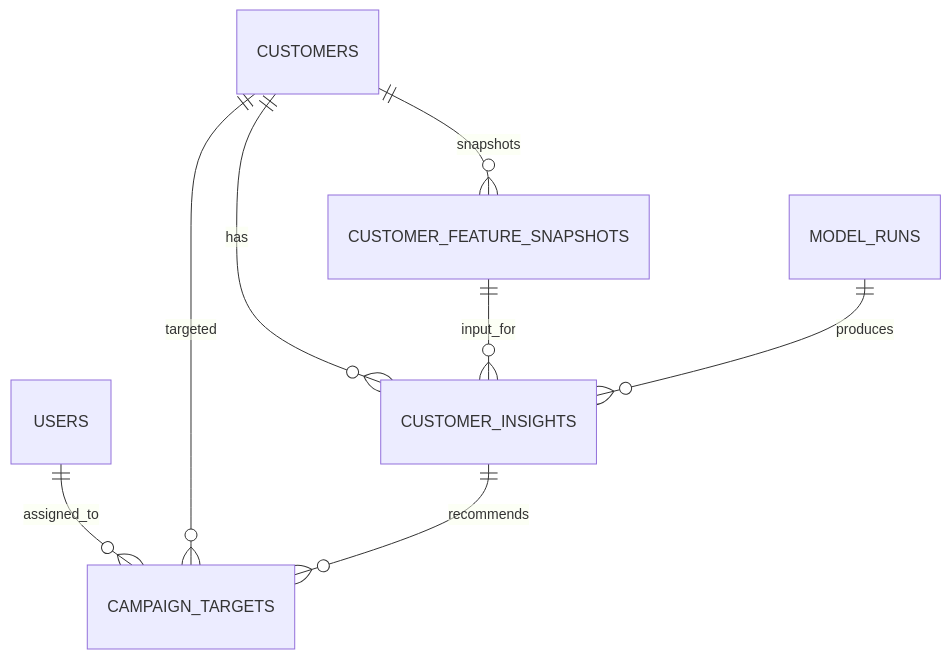
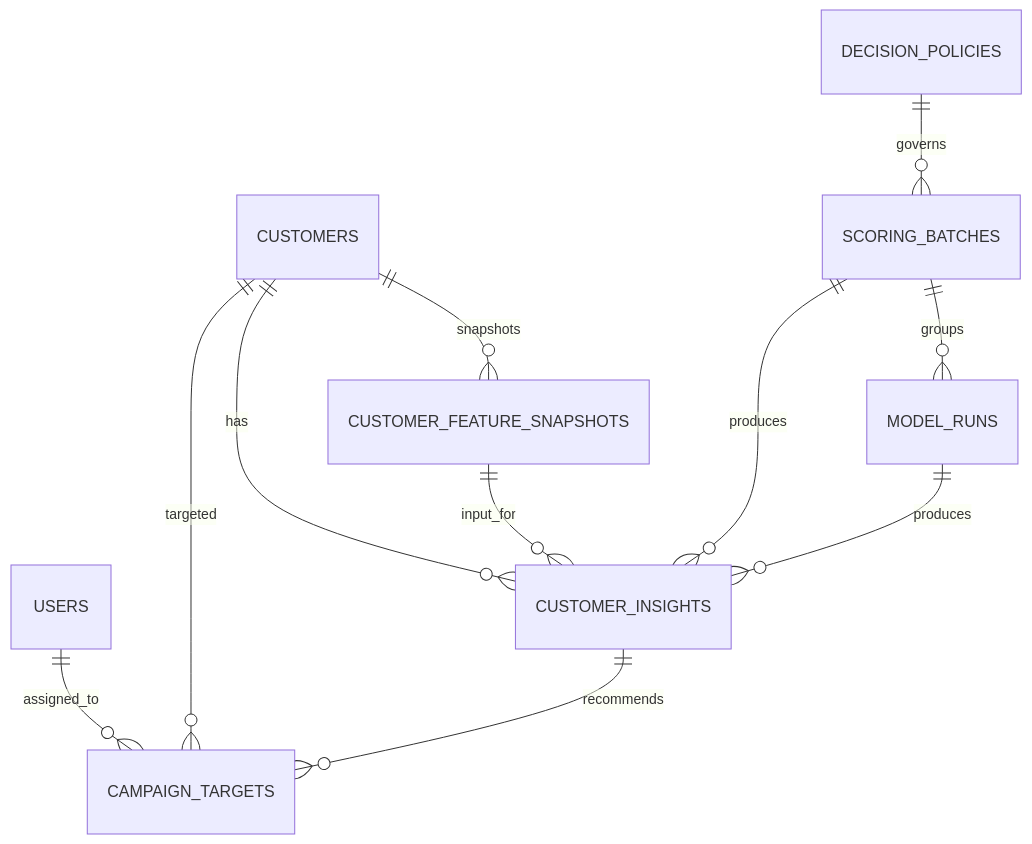
One commit to SKN-34-castleuk/SKN34-2nd-4Team changed the diagram in docs/database_schema.md. Above: the diagram before and after it, drawn with Mermaid. The commit also changed other lines of this file and 17 other files, not shown here.

````diff
--- a/docs/database_schema.md
+++ b/docs/database_schema.md
@@ -12,10 +12,13 @@
 ```mermaid
 erDiagram
     USERS ||--o{ CAMPAIGN_TARGETS : assigned_to
     CUSTOMERS ||--o{ CUSTOMER_INSIGHTS : has
     CUSTOMERS ||--o{ CUSTOMER_FEATURE_SNAPSHOTS : snapshots
     CUSTOMER_FEATURE_SNAPSHOTS ||--o{ CUSTOMER_INSIGHTS : input_for
     CUSTOMERS ||--o{ CAMPAIGN_TARGETS : targeted
+    DECISION_POLICIES ||--o{ SCORING_BATCHES : governs
+    SCORING_BATCHES ||--o{ MODEL_RUNS : groups
+    SCORING_BATCHES ||--o{ CUSTOMER_INSIGHTS : produces
     MODEL_RUNS ||--o{ CUSTOMER_INSIGHTS : produces
     CUSTOMER_INSIGHTS ||--o{ CAMPAIGN_TARGETS : recommends
 ```
````
